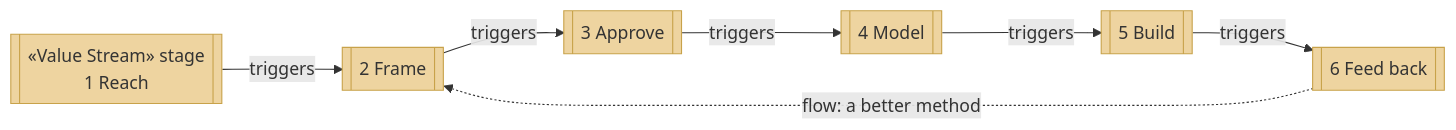
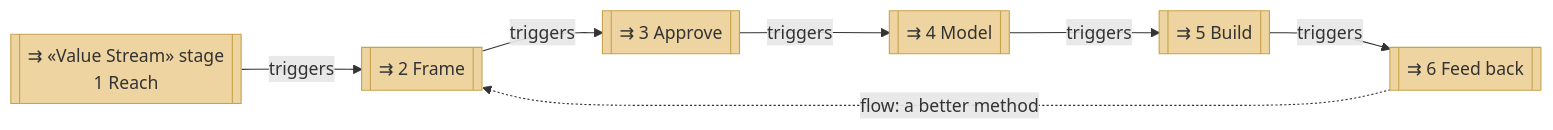
Before and after one commit to roanboc/architecture-archreator: the second of 4 diagrams in organization/docs/ea/1_strategy/3_value-stream.md, drawn with Mermaid. The commit also changed other lines of this file and 7 other files, not shown here.

````diff
--- a/organization/docs/ea/1_strategy/3_value-stream.md
+++ b/organization/docs/ea/1_strategy/3_value-stream.md
@@ -51,18 +53,18 @@
 ```mermaid
 flowchart LR
-  s1[["«Value Stream» stage<br>1 Reach"]]:::stage
-  s2[["2 Frame"]]:::stage
-  s3[["3 Approve"]]:::stage
-  s4[["4 Model"]]:::stage
-  s5[["5 Build"]]:::stage
-  s6[["6 Feed back"]]:::stage
+  s1[["⇉ «Value Stream» stage<br>1 Reach"]]:::stage
+  s2[["⇉ 2 Frame"]]:::stage
+  s3[["⇉ 3 Approve"]]:::stage
+  s4[["⇉ 4 Model"]]:::stage
+  s5[["⇉ 5 Build"]]:::stage
+  s6[["⇉ 6 Feed back"]]:::stage
 
   s1 -->|triggers| s2
   s2 -->|triggers| s3
   s3 -->|triggers| s4
   s4 -->|triggers| s5
   s5 -->|triggers| s6
   s6 -.->|flow: a better method| s2
 
   classDef stage fill:#eed4a0,stroke:#c8a24a,color:#333
 ```
````
